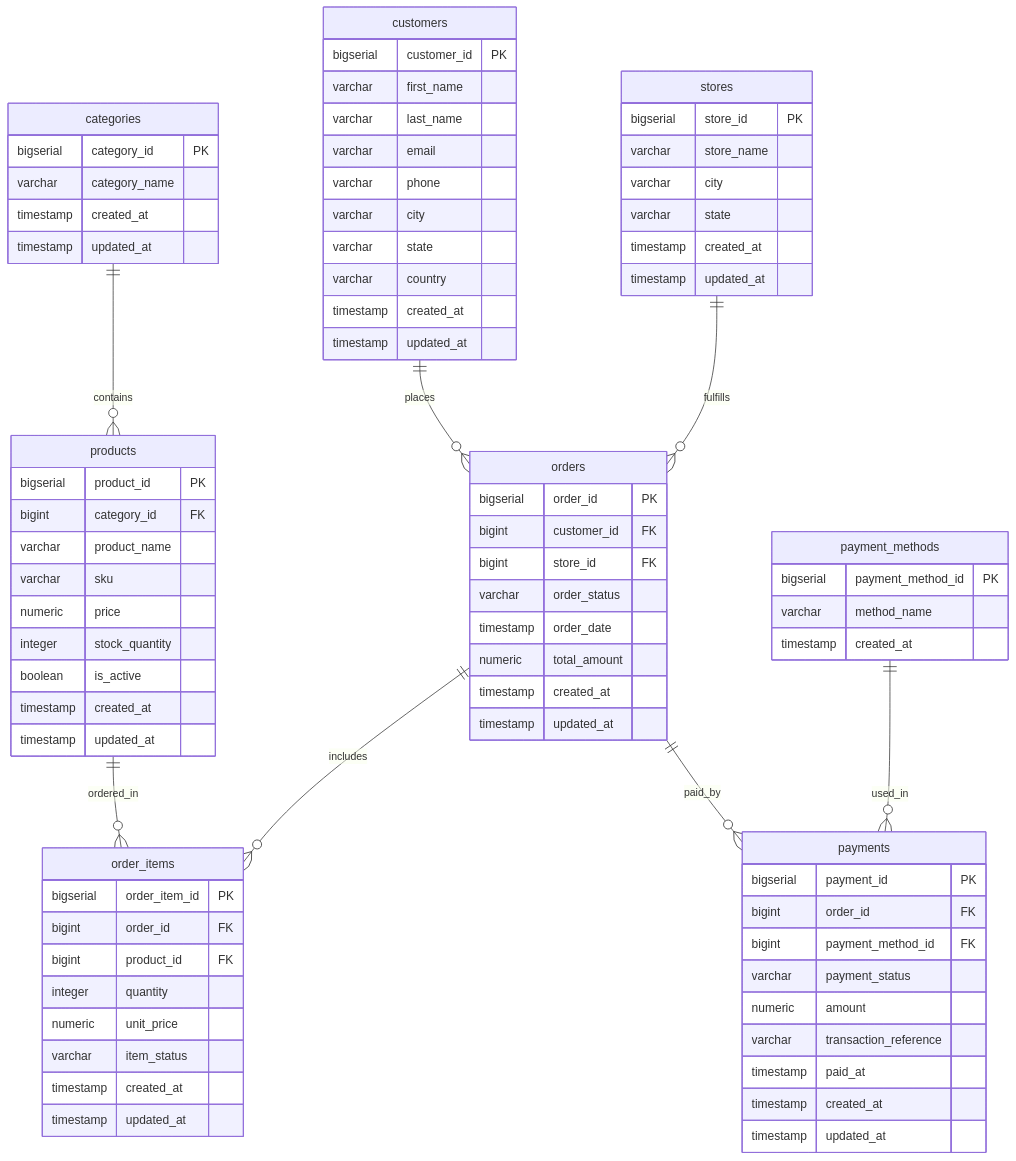
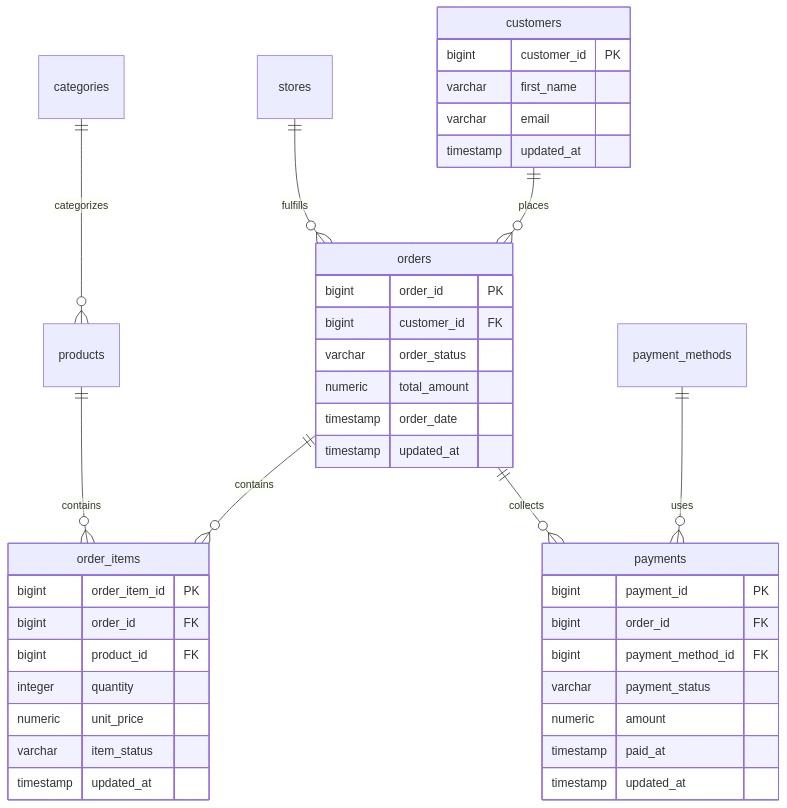
One commit to mukeshkumar-krishnamoorthi/EcomLakehouse changed the second of 2 diagrams in README.md. Above: the diagram before and after it, drawn with Mermaid. The commit also changed other lines of this file and 1 other file, not shown here.

Commit message:
docs: overhaul README with comprehensive architecture and pipeline documentation

````diff
--- a/README.md
+++ b/README.md
@@ -96,91 +267,43 @@
 ```mermaid
 erDiagram
-    categories ||--o{ products : contains
-    products ||--o{ order_items : ordered_in
+    categories ||--o{ products : categorizes
+    products ||--o{ order_items : contains
+    stores ||--o{ orders : fulfills
     customers ||--o{ orders : places
-    stores ||--o{ orders : fulfills
-    orders ||--o{ order_items : includes
-    orders ||--o{ payments : paid_by
-    payment_methods ||--o{ payments : used_in
+    orders ||--o{ order_items : contains
+    orders ||--o{ payments : collects
+    payment_methods ||--o{ payments : uses
 
-    categories {
-        bigserial category_id PK
-        varchar category_name
-        timestamp created_at
+    customers {
+        bigint customer_id PK
+        varchar first_name
+        varchar email
         timestamp updated_at
     }
-
-    products {
-        bigserial product_id PK
-        bigint category_id FK
-        varchar product_name
-        varchar sku
-        numeric price
-        integer stock_quantity
-        boolean is_active
-        timestamp created_at
+    orders {
+        bigint order_id PK
+        bigint customer_id FK
+        varchar order_status
+        numeric total_amount
+        timestamp order_date
         timestamp updated_at
     }
-
-    customers {
-        bigserial customer_id PK
-        varchar first_name
-        varchar last_name
-        varchar email
-        varchar phone
-        varchar city
-        varchar state
-        varchar country
-        timestamp created_at
-        timestamp updated_at
-    }
-
-    stores {
-        bigserial store_id PK
-        varchar store_name
-        varchar city
-        varchar state
-        timestamp created_at
-        timestamp updated_at
-    }
-
-    payment_methods {
-        bigserial payment_method_id PK
-        varchar method_name
-        timestamp created_at
-    }
-
-    orders {
-        bigserial order_id PK
-        bigint customer_id FK
-        bigint store_id FK
-        varchar order_status
-        timestamp order_date
-        numeric total_amount
-        timestamp created_at
-        timestamp updated_at
-    }
-
     order_items {
-        bigserial order_item_id PK
+        bigint order_item_id PK
         bigint order_id FK
         bigint product_id FK
         integer quantity
         numeric unit_price
         varchar item_status
-        timestamp created_at
         timestamp updated_at
     }
-
     payments {
-        bigserial payment_id PK
+        bigint payment_id PK
         bigint order_id FK
         bigint payment_method_id FK
         varchar payment_status
         numeric amount
-        varchar transaction_reference
         timestamp paid_at
-        timestamp created_at
         timestamp updated_at
     }
 ```
````
